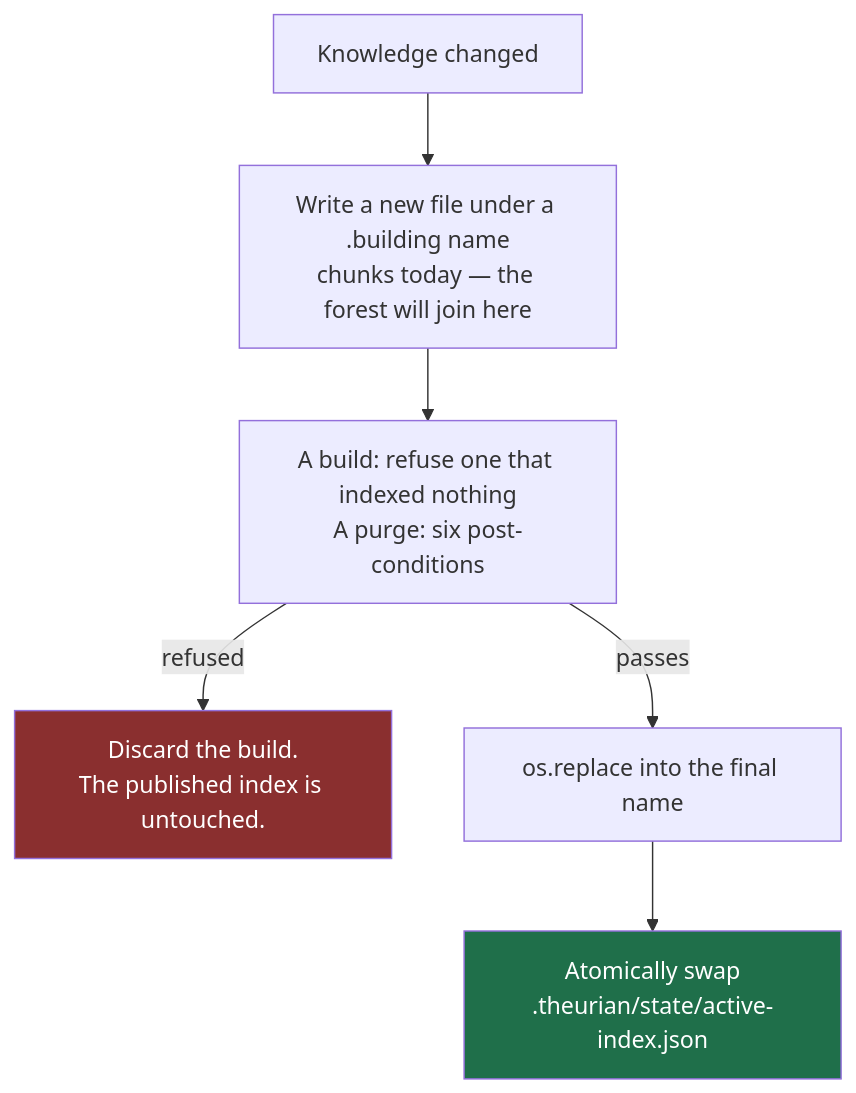
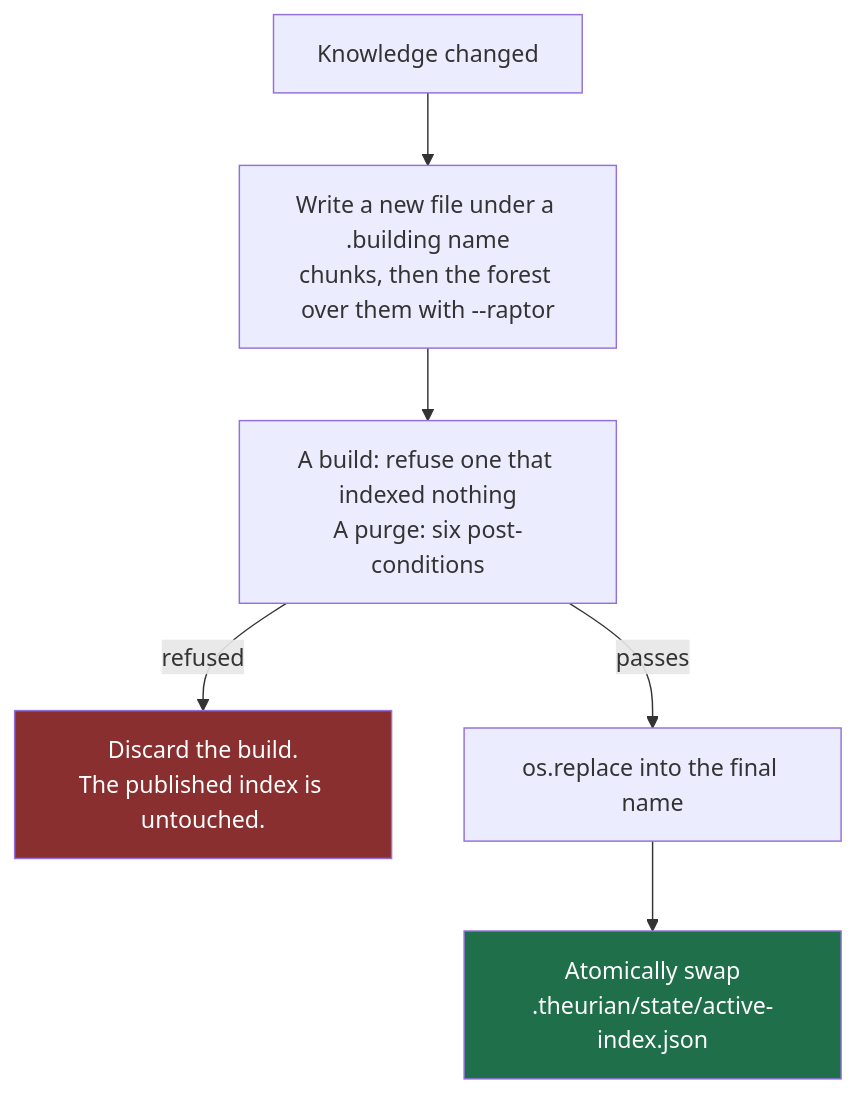
One commit to theurian/theurian changed the second of 3 diagrams in docs/architecture/raptor.md. Above: the diagram before and after it, drawn with Mermaid. The commit also changed other lines of this file and 16 other files, not shown here.

````diff
--- a/docs/architecture/raptor.md
+++ b/docs/architecture/raptor.md
@@ -140,11 +172,11 @@
 ```mermaid
 flowchart TD
-    A["Knowledge changed"] --> B["Write a new file under a .building name<br/>chunks today — the forest will join here"]
+    A["Knowledge changed"] --> B["Write a new file under a .building name<br/>chunks, then the forest over them with --raptor"]
     B --> F["A build: refuse one that indexed nothing<br/>A purge: six post-conditions"]
     F -->|refused| G["Discard the build.<br/>The published index is untouched."]
     F -->|passes| R["os.replace into the final name"]
     R --> H["Atomically swap<br/>.theurian/state/active-index.json"]
 
     style H fill:#1f6f4a,color:#fff
     style G fill:#8a2f2f,color:#fff
 ```
````
